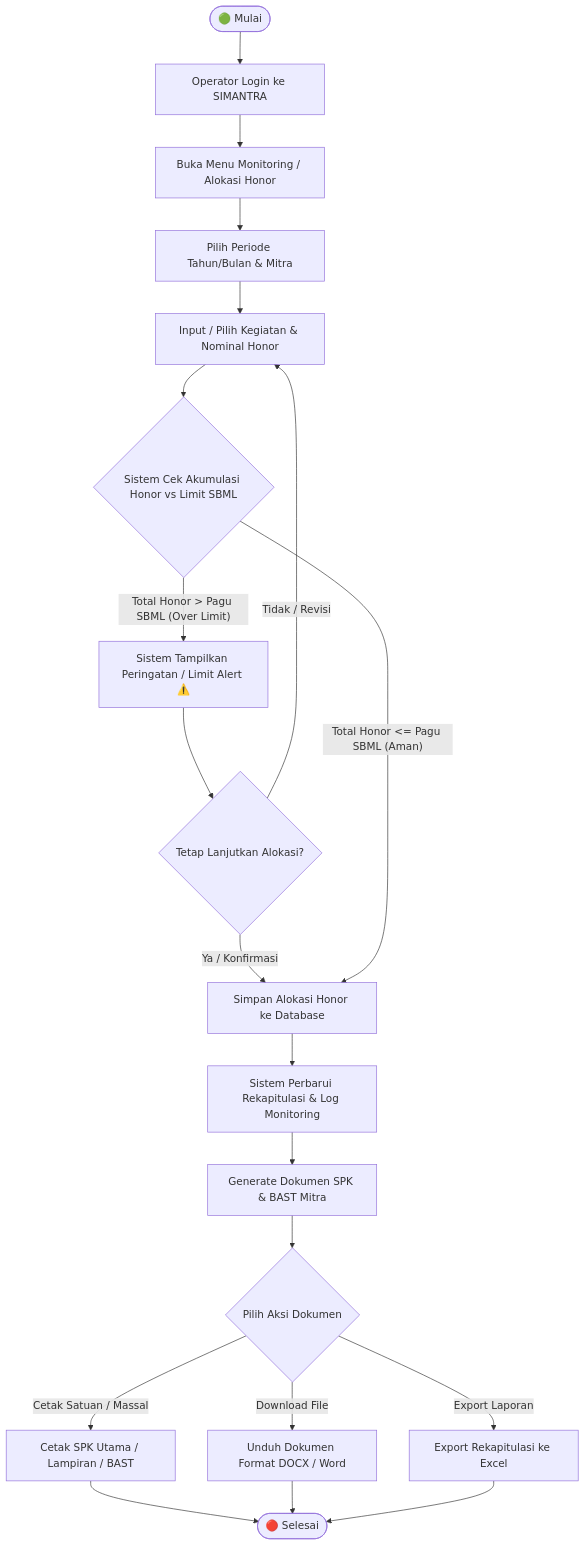
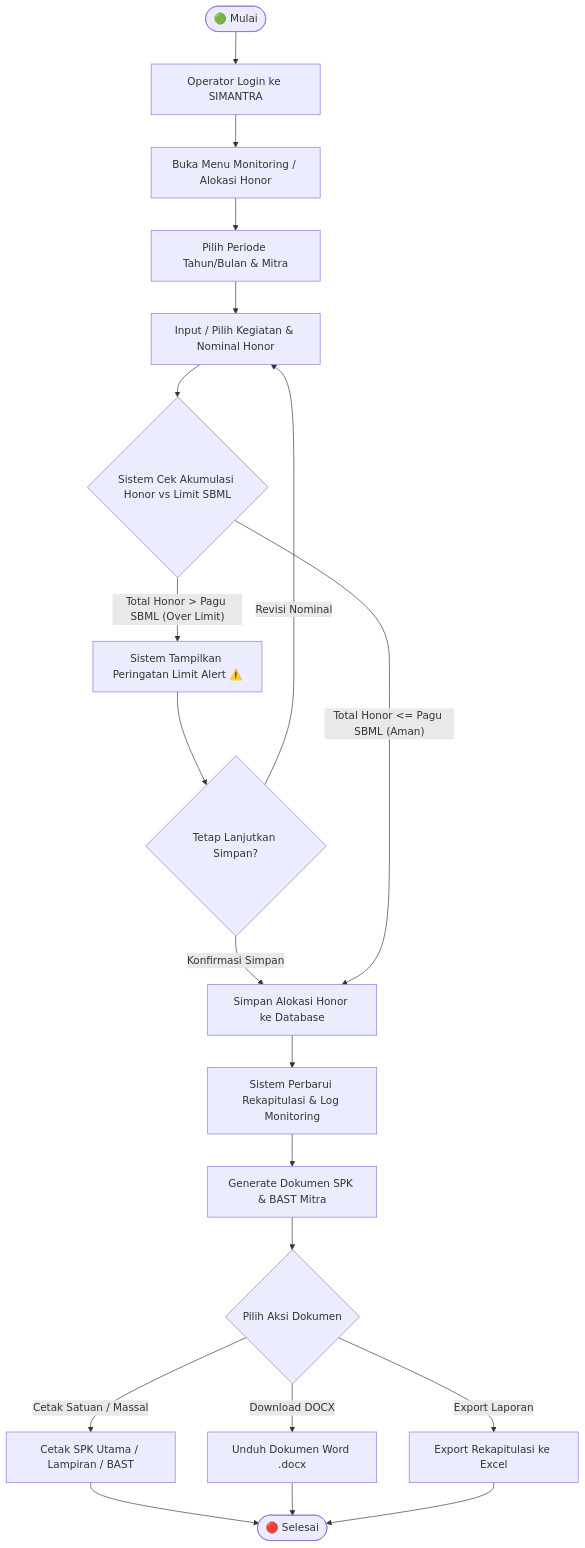
Before and after one commit to supyan1403/SIMANTRA: the second of 8 diagrams in README.md, drawn with Mermaid. The commit also changed other lines of this file, not shown here.

Commit message:
docs: update README with expanded system diagrams, detailed feature descriptions, and refined operational workflows.

````diff
--- a/README.md
+++ b/README.md
@@ -119,28 +133,28 @@
 ```mermaid
 flowchart TD
     Start([🟢 Mulai]) --> Login[Operator Login ke SIMANTRA]
     Login --> OpenMonitoring[Buka Menu Monitoring / Alokasi Honor]
     OpenMonitoring --> SelectFilter[Pilih Periode Tahun/Bulan & Mitra]
     SelectFilter --> InputAlokasi[Input / Pilih Kegiatan & Nominal Honor]
     
     InputAlokasi --> CheckLimit{Sistem Cek Akumulasi Honor vs Limit SBML}
     
-    CheckLimit -- "Total Honor > Pagu SBML (Over Limit)" --> ShowWarning[Sistem Tampilkan Peringatan / Limit Alert ⚠️]
-    ShowWarning --> DecisionOver{Tetap Lanjutkan Alokasi?}
-    DecisionOver -- "Tidak / Revisi" --> InputAlokasi
-    DecisionOver -- "Ya / Konfirmasi" --> SaveData[Simpan Alokasi Honor ke Database]
+    CheckLimit -- "Total Honor > Pagu SBML (Over Limit)" --> ShowWarning[Sistem Tampilkan Peringatan Limit Alert ⚠️]
+    ShowWarning --> DecisionOver{Tetap Lanjutkan Simpan?}
+    DecisionOver -- "Revisi Nominal" --> InputAlokasi
+    DecisionOver -- "Konfirmasi Simpan" --> SaveData[Simpan Alokasi Honor ke Database]
 
     CheckLimit -- "Total Honor <= Pagu SBML (Aman)" --> SaveData
     
     SaveData --> UpdateRekap[Sistem Perbarui Rekapitulasi & Log Monitoring]
     UpdateRekap --> GenerateDocs[Generate Dokumen SPK & BAST Mitra]
     
     GenerateDocs --> ActionDocs{Pilih Aksi Dokumen}
     ActionDocs -- "Cetak Satuan / Massal" --> PrintDoc[Cetak SPK Utama / Lampiran / BAST]
-    ActionDocs -- "Download File" --> DownloadWord[Unduh Dokumen Format DOCX / Word]
+    ActionDocs -- "Download DOCX" --> DownloadWord[Unduh Dokumen Word .docx]
     ActionDocs -- "Export Laporan" --> ExportExcel[Export Rekapitulasi ke Excel]
 
     PrintDoc --> End([🔴 Selesai])
     DownloadWord --> End
     ExportExcel --> End
 ```
````
